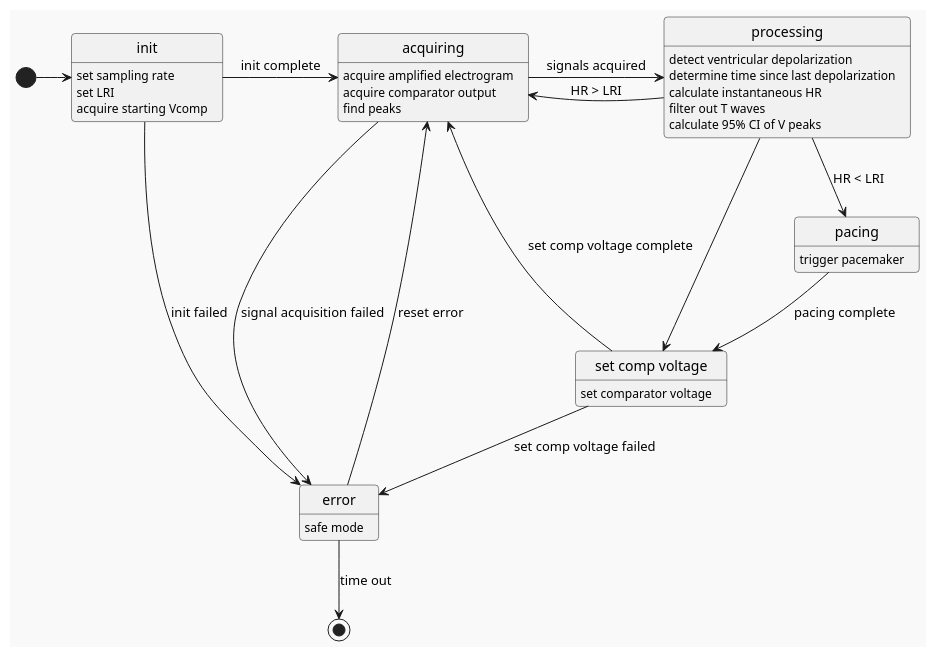
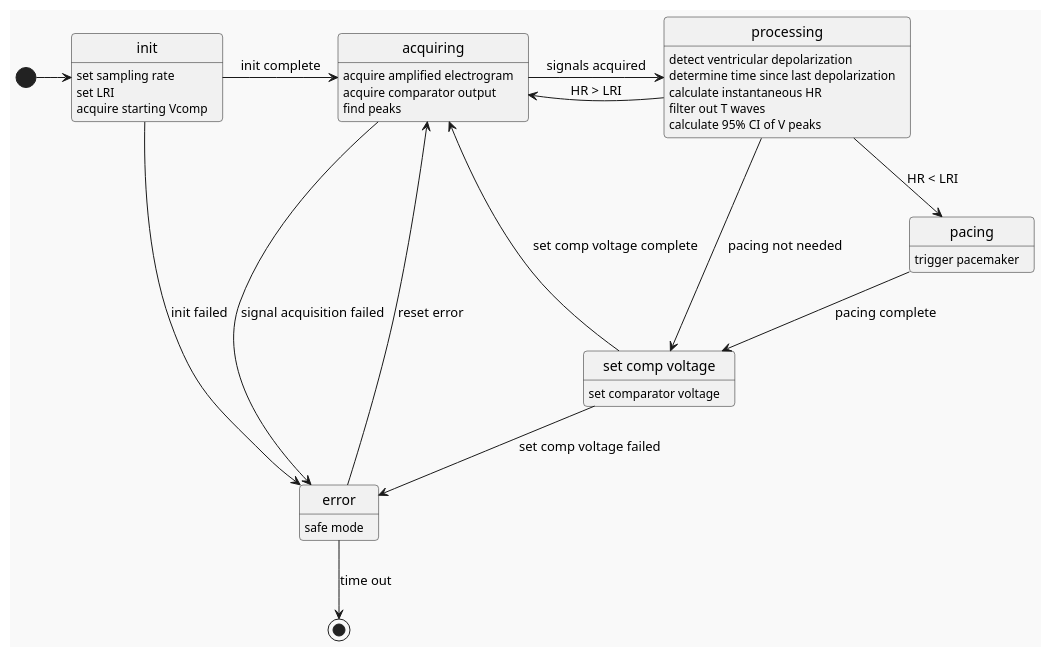
One commit to jamesmu03/frog-pacemaker changed the diagram in flow_chart_new_new.puml. Above: the diagram before and after it, drawn with PlantUML. The commit also changed 1 other file, not shown here.

Commit message:
Refine state diagram details

```diff
--- a/flow_chart_new_new.puml
+++ b/flow_chart_new_new.puml
@@ -4,52 +4,52 @@
 @startuml
 
 !theme mars
 
 [*] -> init
 
 state init {
     init: set sampling rate
     init: set LRI
     init: acquire starting Vcomp
 }
 
 state acquiring {
     acquiring: acquire amplified electrogram
     acquiring: acquire comparator output
     acquiring: find peaks
 }
 
 state processing {
     processing: detect ventricular depolarization
     processing: determine time since last depolarization
     processing: calculate instantaneous HR
     processing: filter out T waves
     processing: calculate 95% CI of V peaks
 }
 
 state pacing {
     pacing: trigger pacemaker
 }
 
 state set_comp_voltage as "set comp voltage" {
     set_comp_voltage: set comparator voltage
 }
 
 state error {
     error: safe mode
 }
 
 init -> acquiring : init complete
 init -d-> error : init failed
 acquiring -> processing : signals acquired
 processing --> pacing : HR < LRI
 processing -> acquiring : HR > LRI
-processing -> set_comp_voltage
+processing -> set_comp_voltage : pacing not needed
 pacing --> set_comp_voltage : pacing complete
 set_comp_voltage -> acquiring : set comp voltage complete
 set_comp_voltage -d-> error : set comp voltage failed
 acquiring -d-> error : signal acquisition failed
 error -> acquiring : reset error
 error -d-> [*] : time out
 
 @enduml
```
